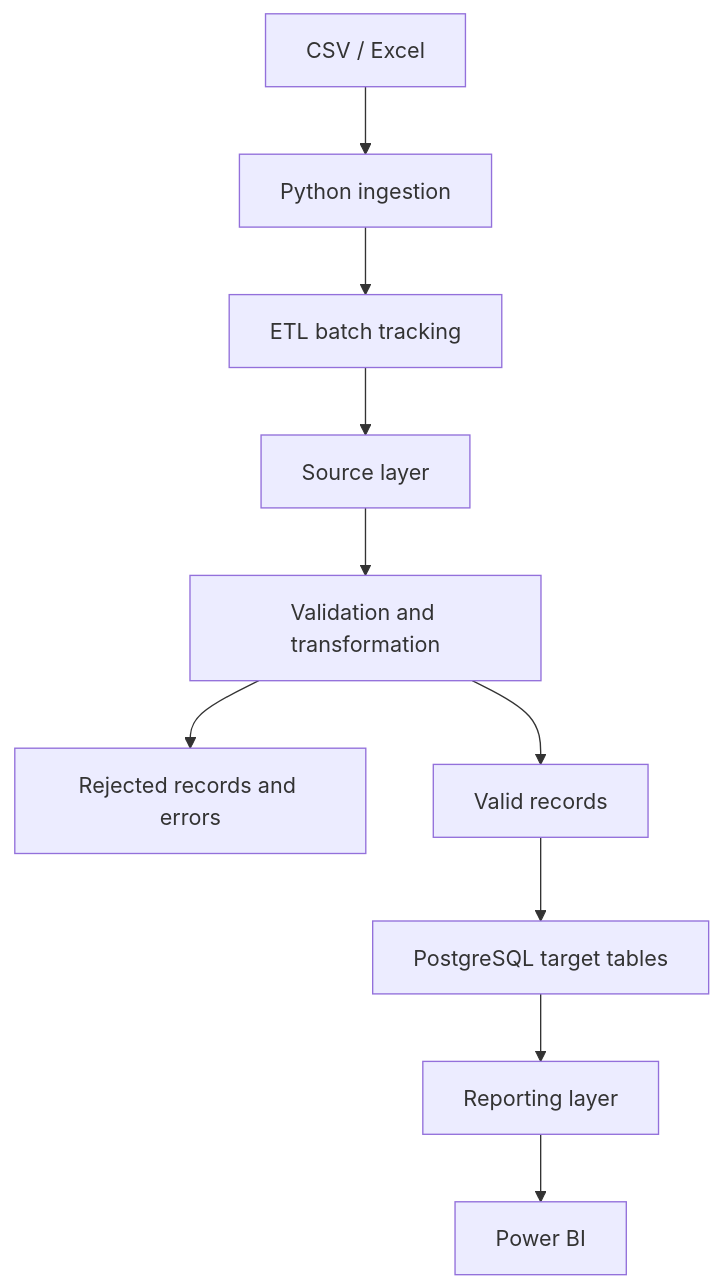
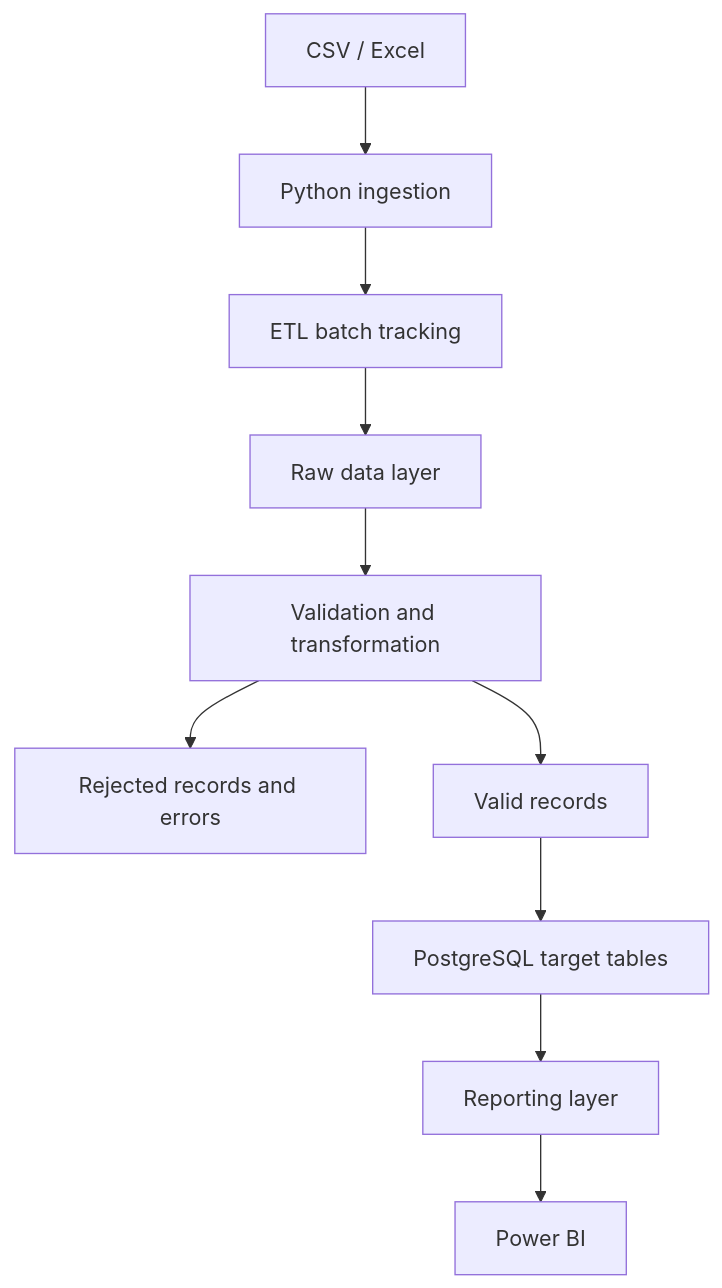
One commit to S0phrine/TransactFlow-ETL changed the fourth of 4 diagrams in README.md. Above: the diagram before and after it, drawn with Mermaid. The commit also changed other lines of this file, not shown here.

````diff
--- a/README.md
+++ b/README.md
@@ -118,12 +181,12 @@
 ```mermaid
 flowchart TD
     A["CSV / Excel"] --> B["Python ingestion"]
     B --> C["ETL batch tracking"]
-    C --> D["Source layer"]
+    C --> D["Raw data layer"]
     D --> E["Validation and transformation"]
     E --> F["Rejected records and errors"]
     E --> G["Valid records"]
     G --> H["PostgreSQL target tables"]
     H --> I["Reporting layer"]
     I --> J["Power BI"]
 ```
````
